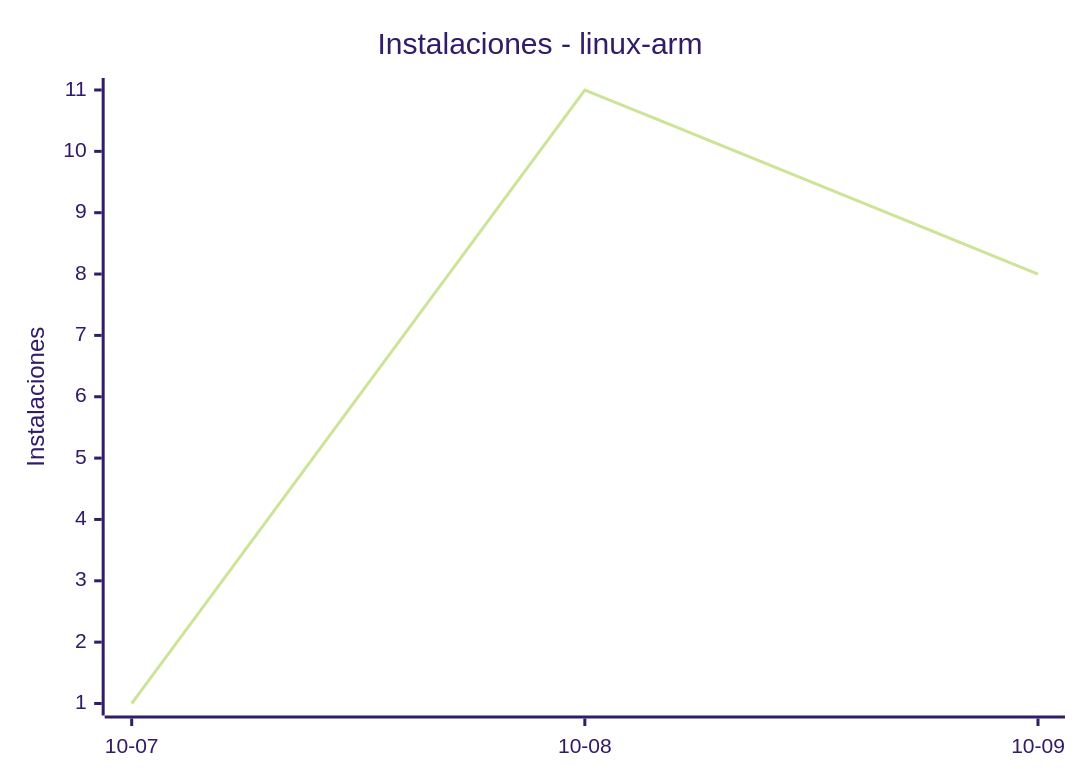
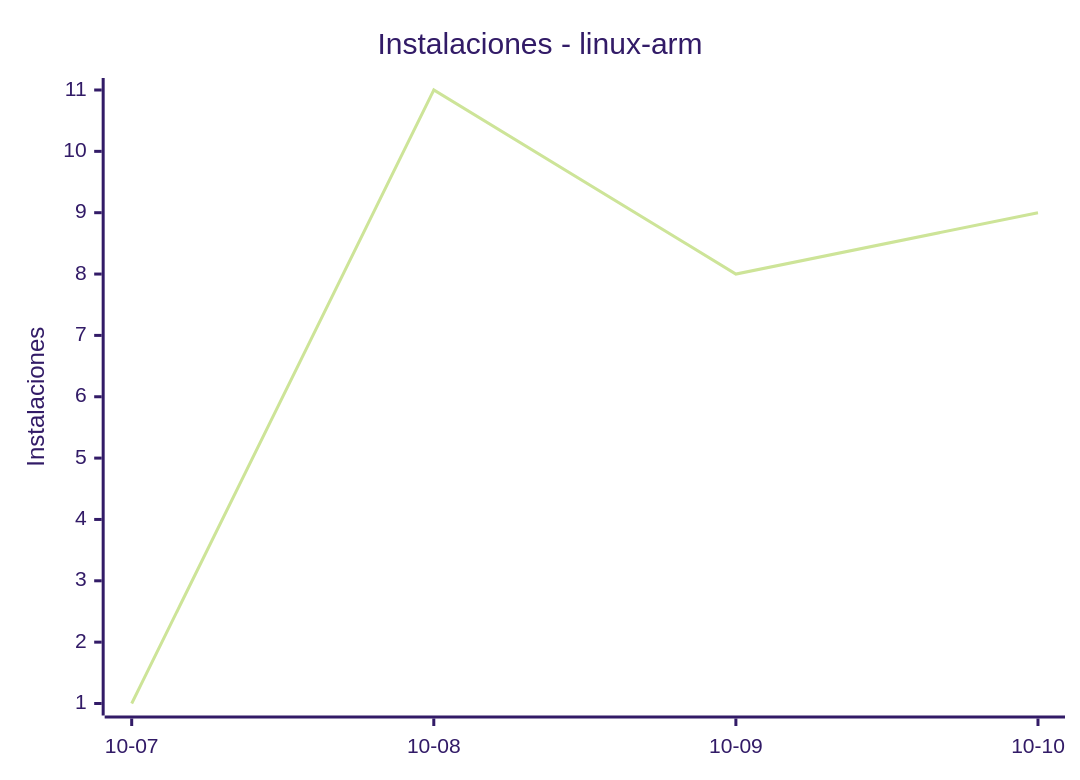
The fifth of 8 diagrams in README.md (EmuDeck/stats), drawn with Mermaid (forest theme) before and after one commit. The commit also changed other lines of this file and 2 other files, not shown here.

````diff
--- a/README.md
+++ b/README.md
@@ -60,7 +60,7 @@
 ```mermaid
 xychart-beta
     title "Instalaciones - linux-arm"
-    x-axis ["10-07", "10-08", "10-09"]
+    x-axis ["10-07", "10-08", "10-09", "10-10"]
     y-axis "Instalaciones"
-    line [1, 11, 8]
+    line [1, 11, 8, 9]
 ```
````
